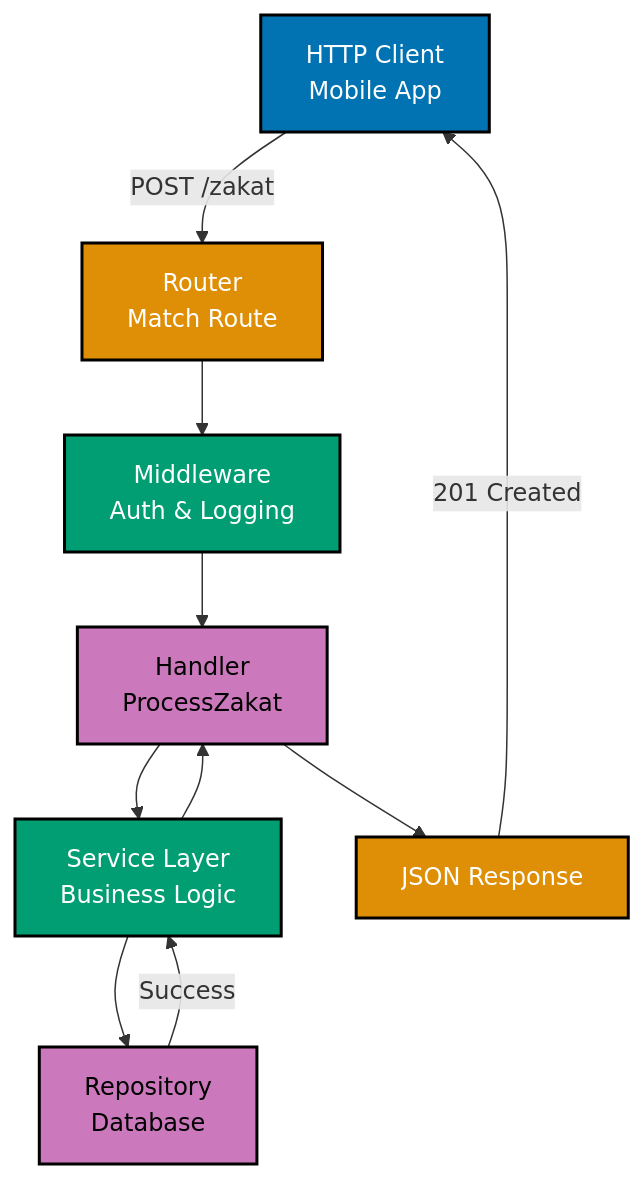
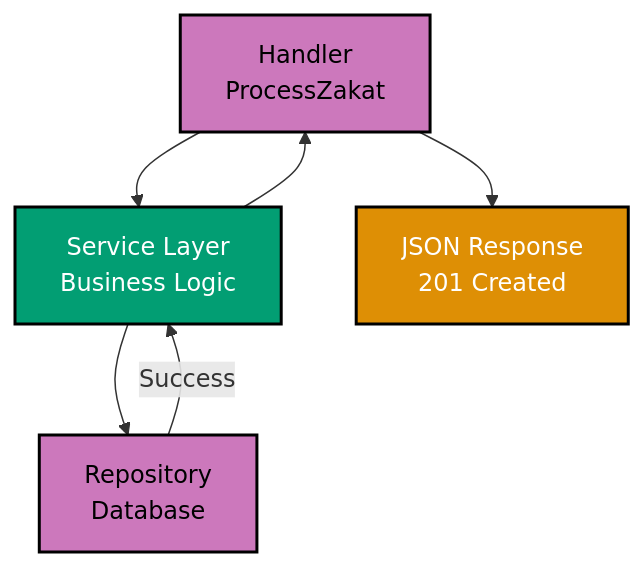
The third of 6 diagrams in docs/explanation/software-engineering/programming-languages/golang/api-standards.md (wahidyankf/ose-primer), drawn with Mermaid before and after one commit. The commit also changed other lines of this file and 11 other files, not shown here.

Commit message:
fix(docs): fix mermaid violations in golang/ docs (batch 3/10)

````diff
--- a/docs/explanation/software-engineering/programming-languages/golang/api-standards.md
+++ b/docs/explanation/software-engineering/programming-languages/golang/api-standards.md
@@ -355,28 +375,21 @@
 ```mermaid
 %% Color Palette: Blue #0173B2, Orange #DE8F05, Teal #029E73, Purple #CC78BC
-%% REST API request lifecycle for zakat management
+%% REST API response lifecycle for zakat management
 
 graph TD
-    A["HTTP Client<br/>Mobile App"]:::blue
-    B["Router<br/>Match Route"]:::orange
-    C["Middleware<br/>Auth & Logging"]:::teal
     D["Handler<br/>ProcessZakat"]:::purple
     E["Service Layer<br/>Business Logic"]:::teal
     F["Repository<br/>Database"]:::purple
-    G["JSON Response"]:::orange
+    G["JSON Response<br/>201 Created"]:::orange
 
-    A -->|"POST /zakat"| B
-    B --> C
-    C --> D
     D --> E
     E --> F
     F -->|"Success"| E
     E --> D
     D --> G
-    G -->|"201 Created"| A
 
     classDef blue fill:#0173B2,stroke:#000000,color:#FFFFFF,stroke-width:2px
     classDef orange fill:#DE8F05,stroke:#000000,color:#FFFFFF,stroke-width:2px
     classDef teal fill:#029E73,stroke:#000000,color:#FFFFFF,stroke-width:2px
     classDef purple fill:#CC78BC,stroke:#000000,color:#000000,stroke-width:2px
 ```
````
